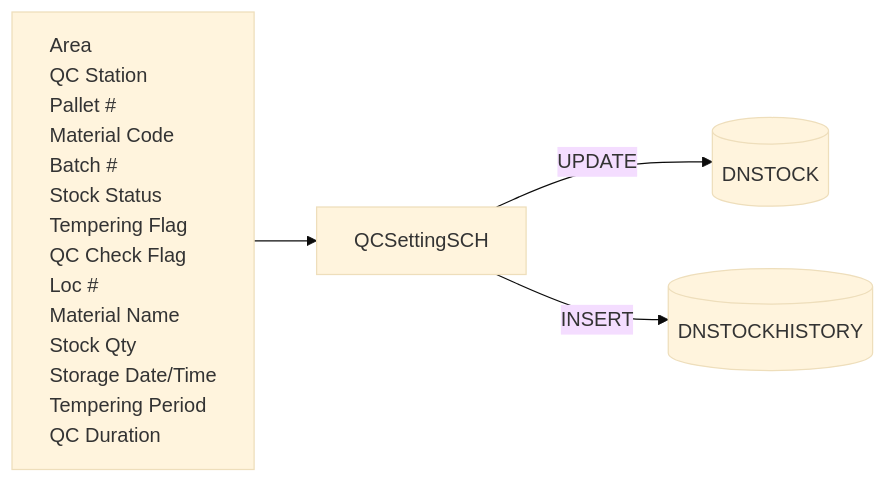
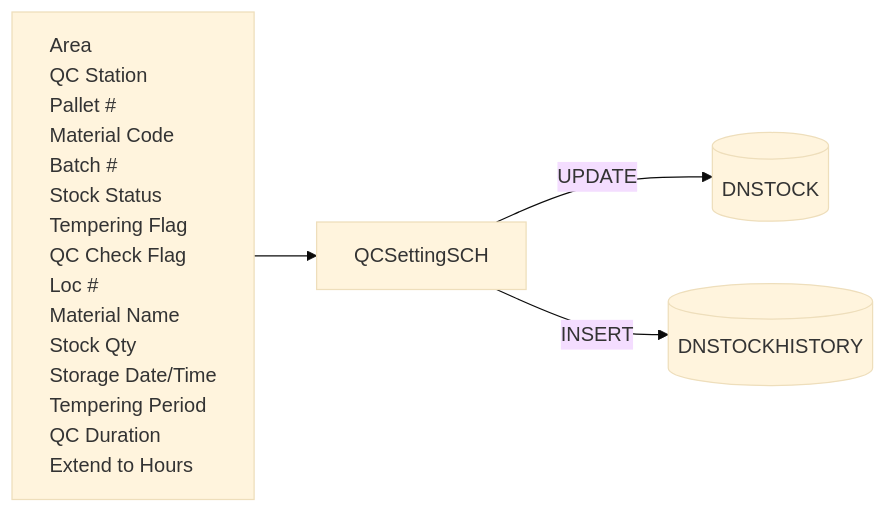
The second of 2 diagrams in Basic-Design/DFD-WMS/Retrieval/QC-Setting/Extend-Tempering-Period.md (luthfiadityaa/SimeDarby-Wiki), drawn with Mermaid (base theme) before and after one commit.

Commit message:
Updated Extend Tempering Period

```diff
--- a/Basic-Design/DFD-WMS/Retrieval/QC-Setting/Extend-Tempering-Period.md
+++ b/Basic-Design/DFD-WMS/Retrieval/QC-Setting/Extend-Tempering-Period.md
@@ -48,35 +48,36 @@
 ::: mermaid
 flowchart LR
     input[
         Area
         QC Station
         Pallet #
         Material Code
         Batch #
         Stock Status
         Tempering Flag
         QC Check Flag
         Loc #
         Material Name
         Stock Qty
         Storage Date/Time
         Tempering Period
         QC Duration
+        Extend to Hours
     ]
 
      tableList-update[("
         DNSTOCK
     ")]
 
      tableList-insert[("
         DNSTOCKHISTORY
     ")]
 
     input-->className[QCSettingSCH]
 
     className --> |UPDATE| tableList-update
     className --> |INSERT| tableList-insert
 
     classDef leftAlign text-align:left;
     class input leftAlign;
 :::
```
